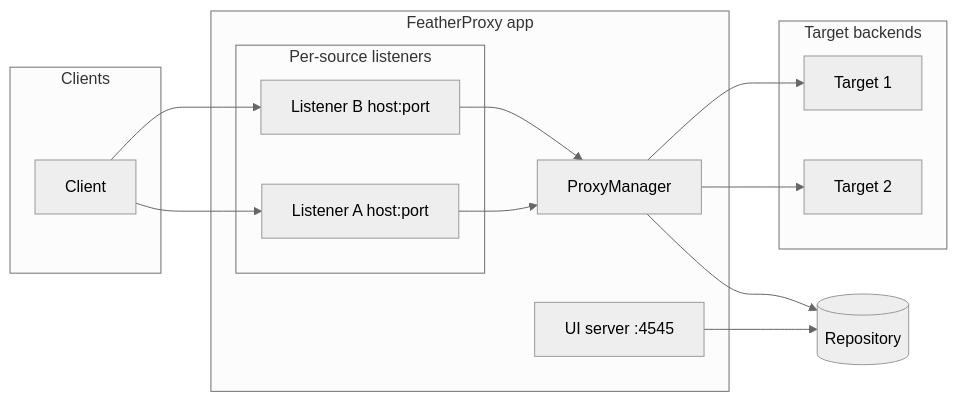
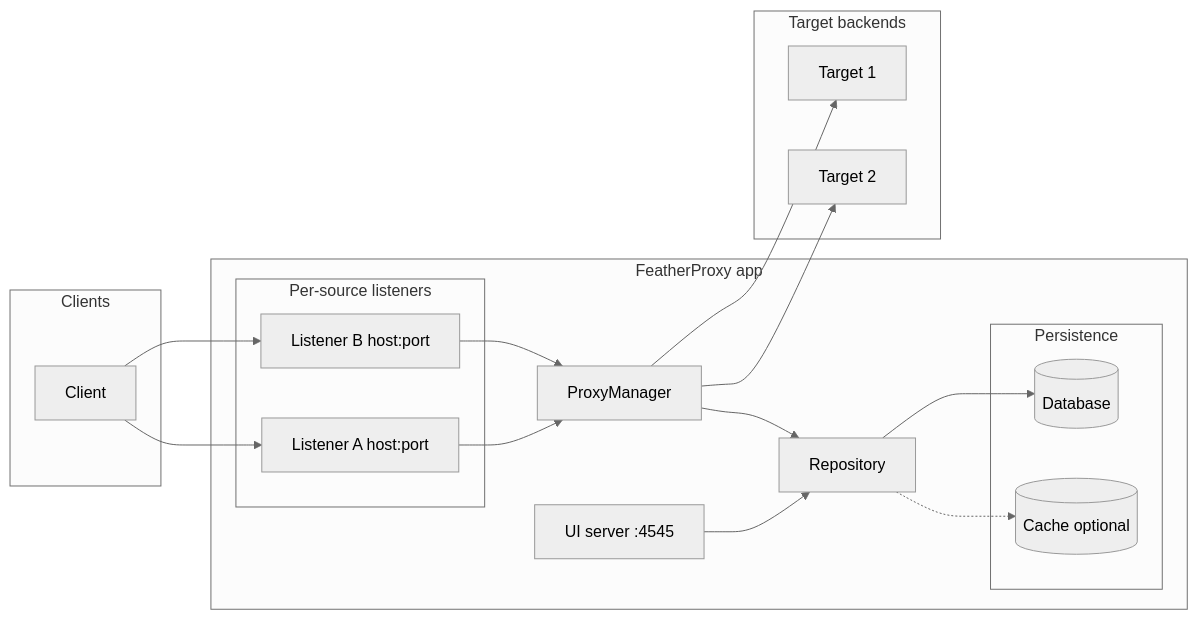
The diagram in README.md (ghhwer/FeatherProxy), drawn with Mermaid (neutral theme) before and after one commit. The commit also changed other lines of this file and 13 other files, not shown here.

````diff
--- a/README.md
+++ b/README.md
@@ -6,26 +6,33 @@
 ```mermaid
 flowchart LR
   subgraph clients [Clients]
     C[Client]
   end
   subgraph app [FeatherProxy app]
     UI[UI server :4545]
     Mgr[ProxyManager]
     subgraph listeners [Per-source listeners]
       L1[Listener A host:port]
       L2[Listener B host:port]
     end
+    Repo[Repository]
+    subgraph persistence [Persistence]
+      DB[(Database)]
+      Cache[(Cache optional)]
+    end
   end
   subgraph backends [Target backends]
     T1[Target 1]
     T2[Target 2]
   end
   C --> L1
   C --> L2
   L1 --> Mgr
   L2 --> Mgr
   Mgr --> T1
   Mgr --> T2
-  UI --> DB[(Repository)]
-  Mgr --> DB
+  UI --> Repo
+  Mgr --> Repo
+  Repo --> DB
+  Repo -.-> Cache
 ```
````
